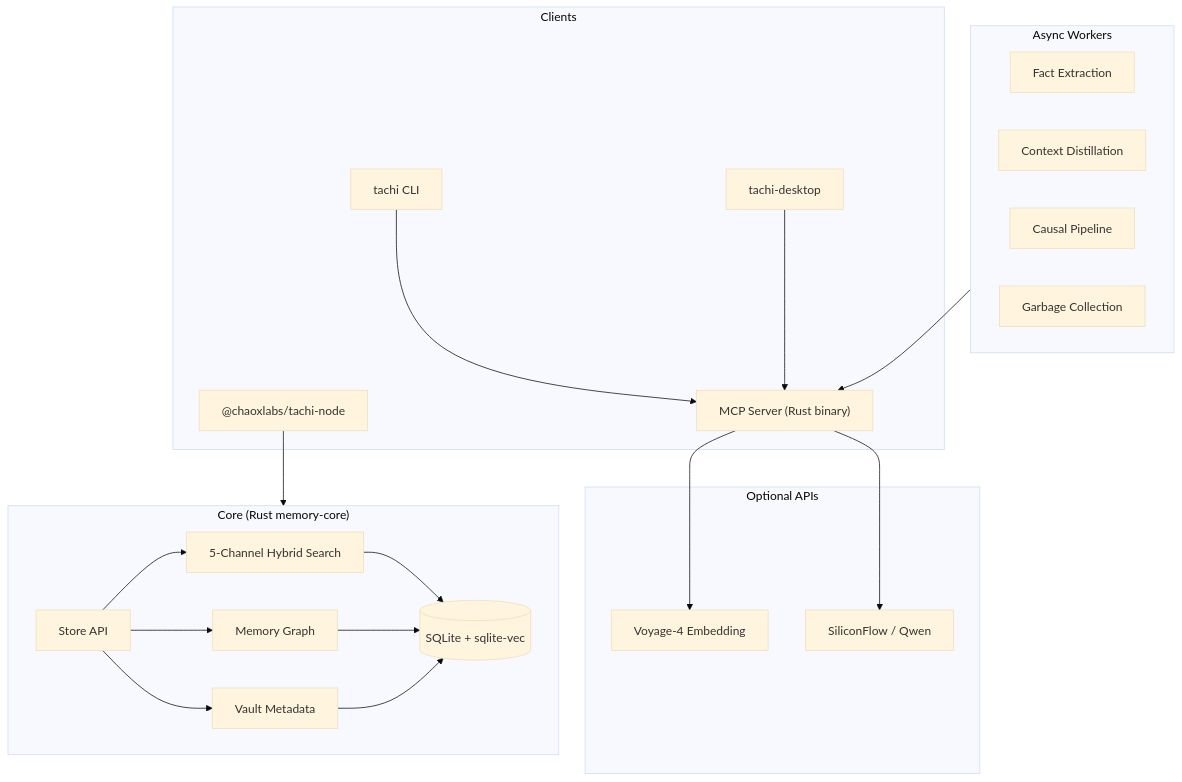
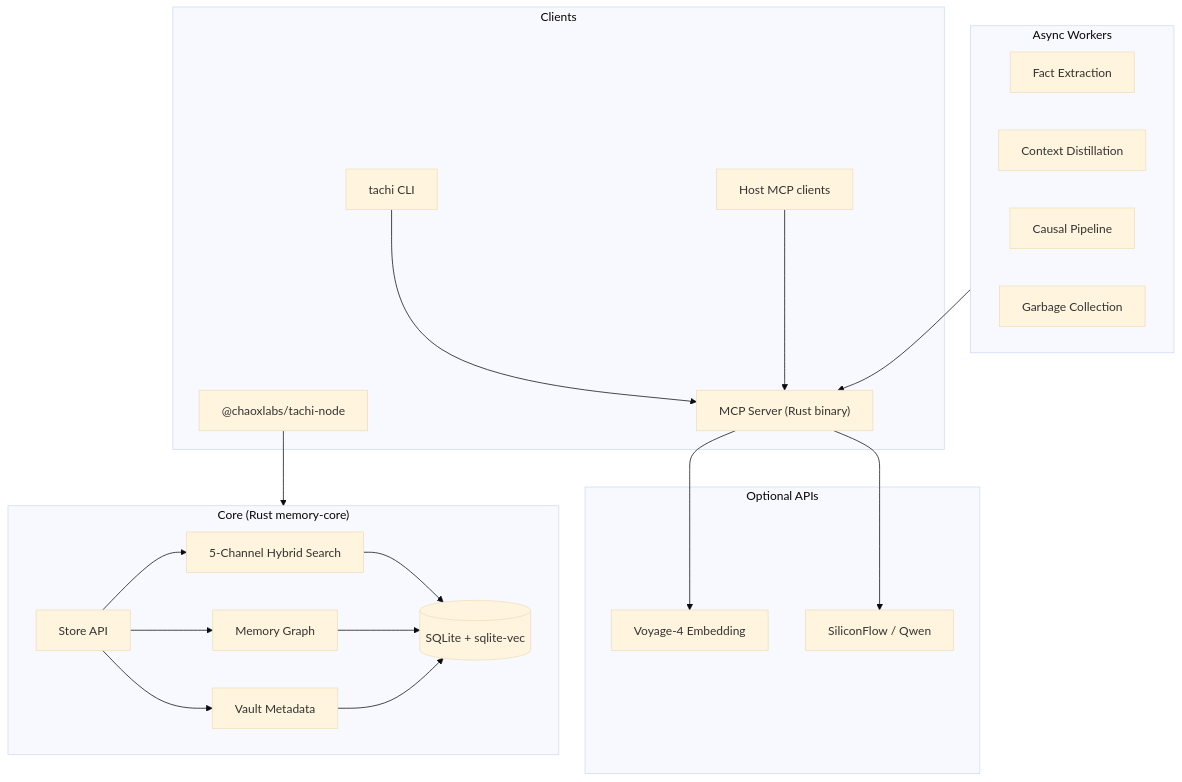
One commit to kckylechen1/Tachi changed the diagram in README.md. Above: the diagram before and after it, drawn with Mermaid (base theme). The commit also changed other lines of this file and 67 other files, not shown here.

````diff
--- a/README.md
+++ b/README.md
@@ -223,43 +223,43 @@
 ```mermaid
 graph TD
     subgraph Clients["Clients"]
         CLI["tachi CLI"]
         RMCP["MCP Server (Rust binary)"]
-        Desktop["tachi-desktop"]
         Node["@chaoxlabs/tachi-node"]
+        Hosts["Host MCP clients"]
     end
 
     subgraph Cloud["Optional APIs"]
         VOYAGE["Voyage-4 Embedding"]
         SILICON["SiliconFlow / Qwen"]
     end
 
     subgraph Workers["Async Workers"]
         EXTRACT["Fact Extraction"]
         DISTILL["Context Distillation"]
         CAUSAL["Causal Pipeline"]
         GC["Garbage Collection"]
     end
 
     subgraph Core["Core (Rust memory-core)"]
         API["Store API"]
         SEARCH["5-Channel Hybrid Search"]
         GRAPH["Memory Graph"]
         VAULT["Vault Metadata"]
         API --> SEARCH
         API --> GRAPH
         API --> VAULT
         SEARCH --> DB
         GRAPH --> DB
         VAULT --> DB
     end
 
     DB[(SQLite + sqlite-vec)]
 
     RMCP --> VOYAGE
     RMCP --> SILICON
     CLI --> RMCP
-    Desktop --> RMCP
+    Hosts --> RMCP
     Node --> Core
     Workers --> RMCP
 ```
````
